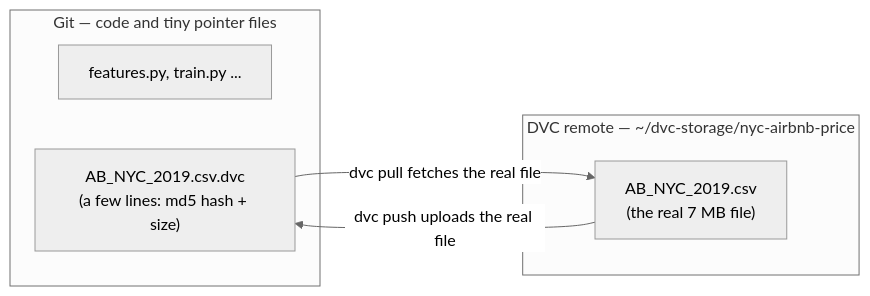
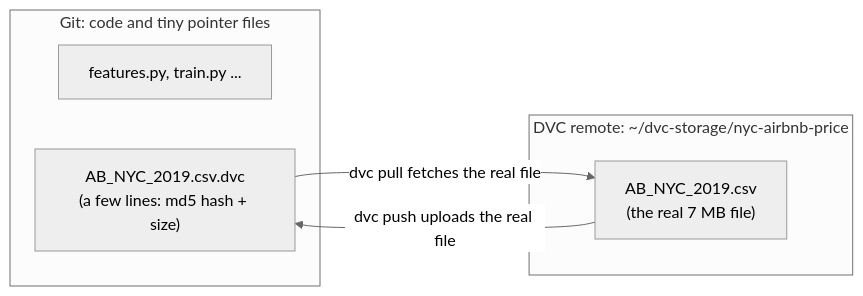
The third of 16 diagrams in implementation.md (shikharkumar13/-NYC-Airbnb-Price-Prediction-MLOps), drawn with Mermaid (neutral theme) before and after one commit. The commit also changed other lines of this file and 1 other file, not shown here.

````diff
--- a/implementation.md
+++ b/implementation.md
@@ -301,12 +295,12 @@
 ```mermaid
 flowchart LR
-    subgraph git ["Git — code and tiny pointer files"]
+    subgraph git ["Git: code and tiny pointer files"]
         A["features.py, train.py ..."]
         B["AB_NYC_2019.csv.dvc\n(a few lines: md5 hash + size)"]
     end
-    subgraph remote ["DVC remote — ~/dvc-storage/nyc-airbnb-price"]
+    subgraph remote ["DVC remote: ~/dvc-storage/nyc-airbnb-price"]
         C["AB_NYC_2019.csv\n(the real 7 MB file)"]
     end
     B -- "dvc pull fetches the real file" --> C
     C -- "dvc push uploads the real file" --> B
 ```
````
